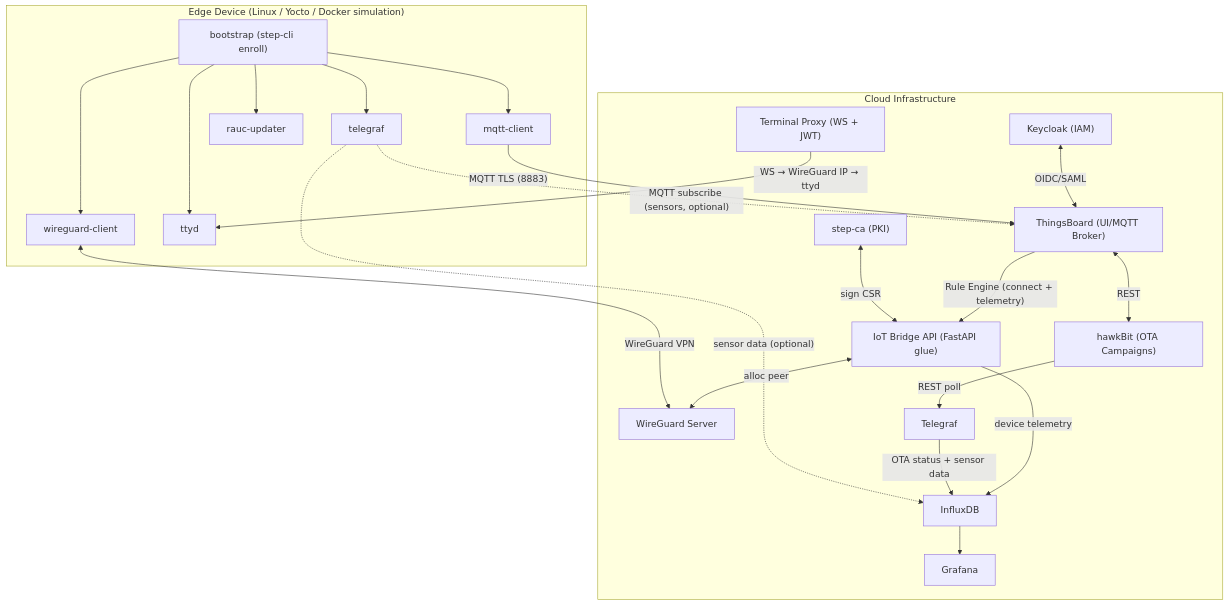
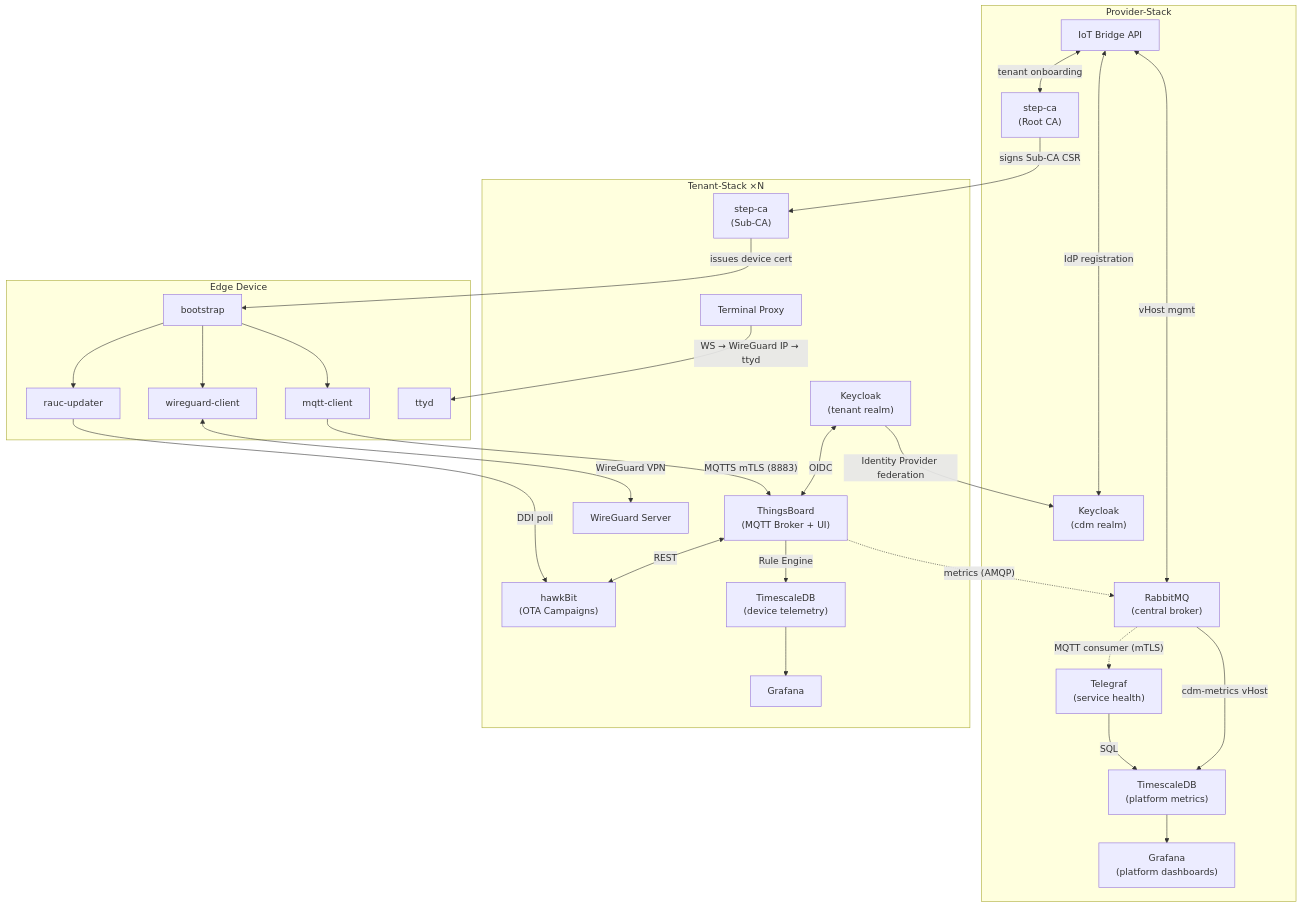
Before and after one commit to the78mole/complete-device-management: the first of 5 diagrams in docs/architecture/index.md, drawn with Mermaid. The commit also changed other lines of this file and 237 other files, not shown here.

Commit message:
feat: CDM platform – full stack overhaul

````diff
--- a/docs/architecture/index.md
+++ b/docs/architecture/index.md
@@ -15,46 +17,64 @@
 ```mermaid
 graph TB
-    subgraph cloud["Cloud Infrastructure"]
-        KC["Keycloak (IAM)"]
-        TB["ThingsBoard (UI/MQTT Broker)"]
-        HB["hawkBit (OTA Campaigns)"]
-        SCA["step-ca (PKI)"]
-        IBA["IoT Bridge API (FastAPI glue)"]
-        WGS["WireGuard Server"]
-        IDB[InfluxDB]
-        TEL[Telegraf]
-        GRF[Grafana]
-        TXP["Terminal Proxy (WS + JWT)"]
-
-        KC <-->|OIDC/SAML| TB
-        TB <-->|REST| HB
-        TB -->|"Rule Engine (connect + telemetry)"| IBA
-        SCA <-->|sign CSR| IBA
-        IBA <-->|alloc peer| WGS
-        IBA -->|"device telemetry"| IDB
-        HB -->|REST poll| TEL
-        TEL -->|"OTA status + sensor data"| IDB
-        IDB --> GRF
+    subgraph provider["Provider-Stack"]
+        KC_P["Keycloak<br>(cdm realm)"]
+        RMQ["RabbitMQ<br>(central broker)"]
+        TLG["Telegraf<br>(service health)"]
+        IDB_P["TimescaleDB<br>(platform metrics)"]
+        GRF_P["Grafana<br>(platform dashboards)"]
+        SCA_P["step-ca<br>(Root CA)"]
+        IBA["IoT Bridge API"]
     end
 
-    subgraph device["Edge Device (Linux / Yocto / Docker simulation)"]
-        BST["bootstrap (step-cli enroll)"]
-        WGC[wireguard-client]
-        MQC[mqtt-client]
-        TLG[telegraf]
-        RAU[rauc-updater]
-        TTD[ttyd]
+    subgraph tenant["Tenant-Stack  ×N"]
+        KC_T["Keycloak<br>(tenant realm)"]
+        TB["ThingsBoard<br>(MQTT Broker + UI)"]
+        HB["hawkBit<br>(OTA Campaigns)"]
+        SCA_T["step-ca<br>(Sub-CA)"]
+        WGS["WireGuard Server"]
+        IDB_T["TimescaleDB<br>(device telemetry)"]
+        GRF_T["Grafana"]
+        TXP["Terminal Proxy"]
 
+        KC_T <-->|OIDC| TB
+        TB <-->|REST| HB
+        TB -->|Rule Engine| IDB_T
+        IDB_T --> GRF_T
+    end
+
+    subgraph device["Edge Device"]
+        BST["bootstrap"]
+        WGC["wireguard-client"]
+        MQC["mqtt-client"]
+        RAU["rauc-updater"]
+        TTD["ttyd"]
         BST --> WGC
         BST --> MQC
-        BST --> TLG
         BST --> RAU
-        BST --> TTD
     end
 
-    MQC -->|"MQTT TLS (8883)"| TB
-    WGC <-->|WireGuard VPN| WGS
-    TLG -.->|"MQTT subscribe (sensors, optional)"| TB
-    TLG -.->|"sensor data (optional)"| IDB
+    %% PKI chain
+    SCA_P -->|"signs Sub-CA CSR"| SCA_T
+    SCA_T -->|"issues device cert"| BST
+
+    %% Keycloak federation
+    KC_T -->|"Identity Provider federation"| KC_P
+
+    %% Device connections
+    MQC -->|"MQTTS mTLS (8883)"| TB
+    WGC <-->|"WireGuard VPN"| WGS
+    RAU -->|"DDI poll"| HB
     TXP -->|"WS → WireGuard IP → ttyd"| TTD
+
+    %% Tenant → Provider
+    TB -.->|"metrics (AMQP)"| RMQ
+    RMQ -->|"cdm-metrics vHost"| IDB_P
+    RMQ -.->|"MQTT consumer (mTLS)"| TLG
+    TLG -->|"SQL"| IDB_P
+    IDB_P --> GRF_P
+
+    %% Management
+    IBA <-->|"tenant onboarding"| SCA_P
+    IBA <-->|"vHost mgmt"| RMQ
+    IBA <-->|"IdP registration"| KC_P
 ```
````
